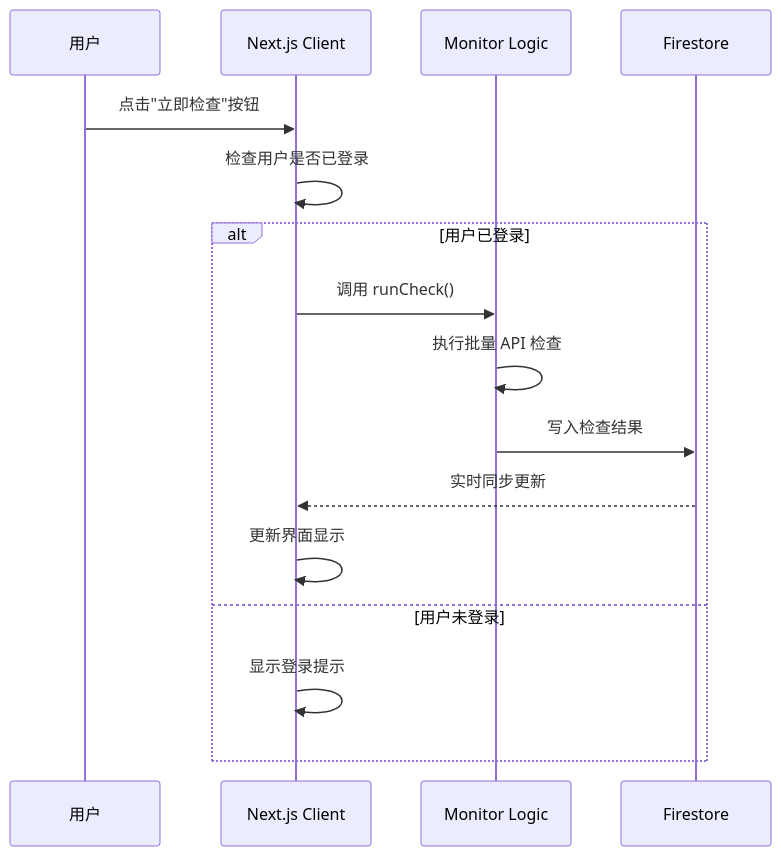
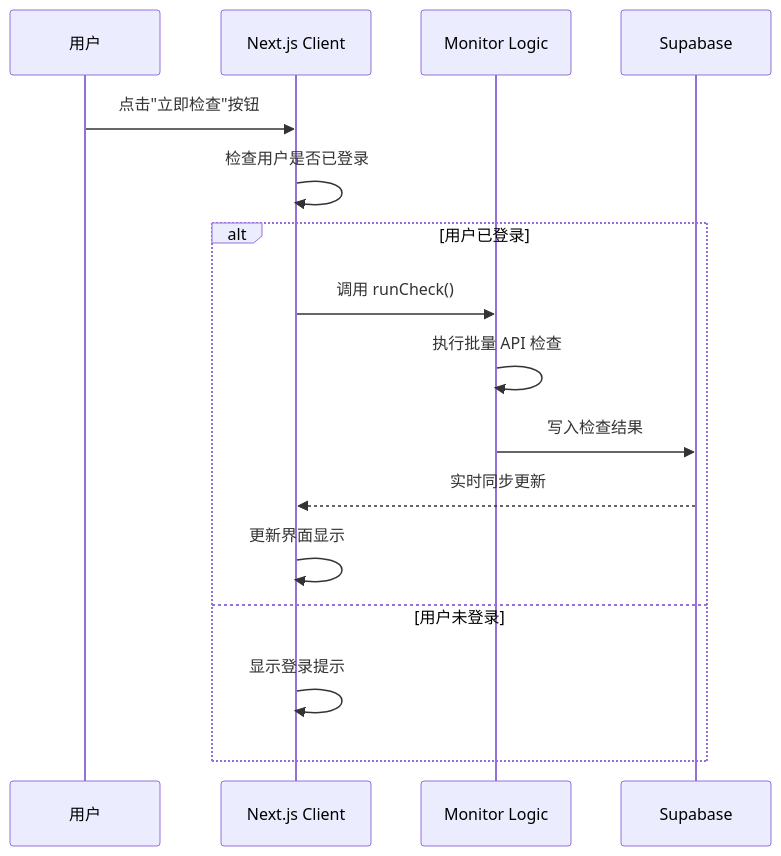
The eighth of 13 diagrams in openspec/architecture.md (AjaCHN/LLM-API-Sentinel), drawn with Mermaid before and after one commit. The commit also changed other lines of this file and 5 other files, not shown here.

````diff
--- a/openspec/architecture.md
+++ b/openspec/architecture.md
@@ -289,20 +288,20 @@
 ```mermaid
 sequenceDiagram
     participant User as 用户
     participant Client as Next.js Client
     participant Monitor as Monitor Logic
-    participant Firestore as Firestore
+    participant Supabase as Supabase
     
     User->>Client: 点击"立即检查"按钮
     Client->>Client: 检查用户是否已登录
     
     alt 用户已登录
         Client->>Monitor: 调用 runCheck()
         Monitor->>Monitor: 执行批量 API 检查
-        Monitor->>Firestore: 写入检查结果
-        Firestore-->>Client: 实时同步更新
+        Monitor->>Supabase: 写入检查结果
+        Supabase-->>Client: 实时同步更新
         Client->>Client: 更新界面显示
     else 用户未登录
         Client->>Client: 显示登录提示
     end
 ```
````
